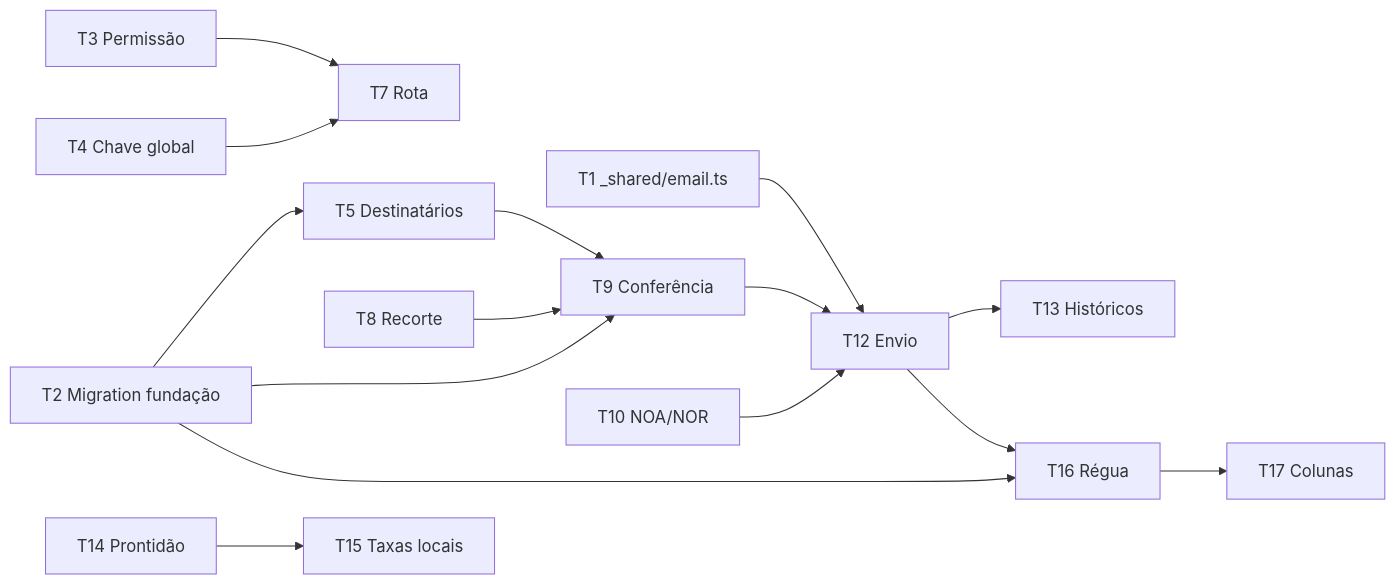
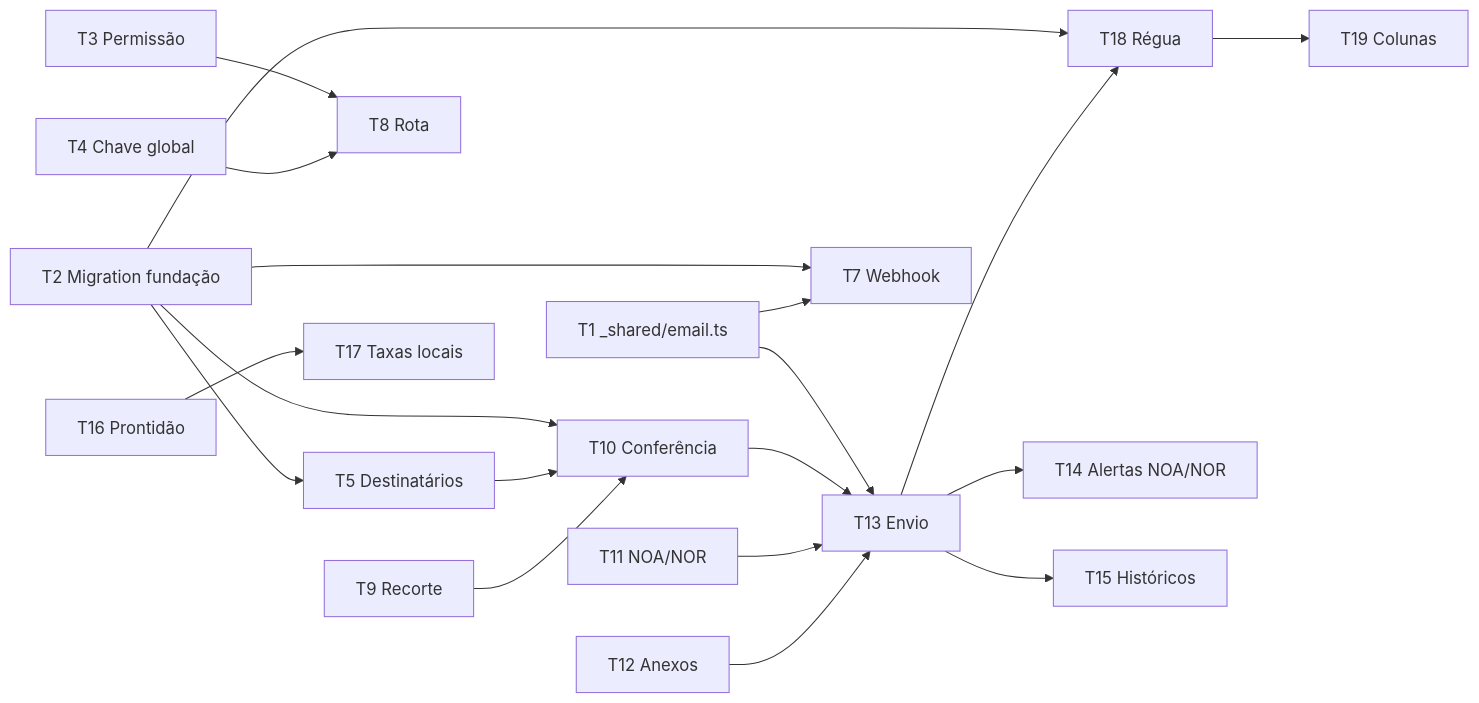
The diagram in docs/plans/2026-08-27-comunicacao-email-clientes.md (luccafwlog/transhippingdesk), drawn with Mermaid before and after one commit. The commit also changed other lines of this file and 1 other file, not shown here.

````diff
--- a/docs/plans/2026-08-27-comunicacao-email-clientes.md
+++ b/docs/plans/2026-08-27-comunicacao-email-clientes.md
@@ -456,17 +589,21 @@
 ```mermaid
 flowchart LR
-  T1[T1 _shared/email.ts] --> T12[T12 Envio]
+  T1[T1 _shared/email.ts] --> T13[T13 Envio]
   T2[T2 Migration fundação] --> T5[T5 Destinatários]
-  T2 --> T9[T9 Conferência]
-  T2 --> T16[T16 Régua]
-  T3[T3 Permissão] --> T7[T7 Rota]
-  T4[T4 Chave global] --> T7
-  T5 --> T9
-  T8[T8 Recorte] --> T9
-  T9 --> T12
-  T10[T10 NOA/NOR] --> T12
-  T12 --> T13[T13 Históricos]
-  T14[T14 Prontidão] --> T15[T15 Taxas locais]
-  T12 --> T16
-  T16 --> T17[T17 Colunas]
+  T2 --> T7[T7 Webhook]
+  T2 --> T10[T10 Conferência]
+  T2 --> T18[T18 Régua]
+  T1 --> T7
+  T3[T3 Permissão] --> T8[T8 Rota]
+  T4[T4 Chave global] --> T8
+  T5 --> T10
+  T9[T9 Recorte] --> T10
+  T10 --> T13
+  T11[T11 NOA/NOR] --> T13
+  T12[T12 Anexos] --> T13
+  T13 --> T14[T14 Alertas NOA/NOR]
+  T13 --> T15[T15 Históricos]
+  T16[T16 Prontidão] --> T17[T17 Taxas locais]
+  T13 --> T18
+  T18 --> T19[T19 Colunas]
 ```
````
